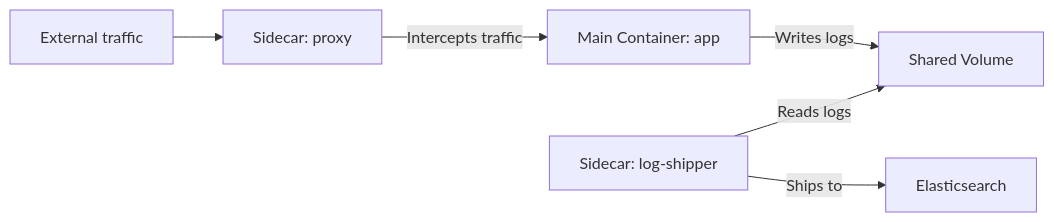
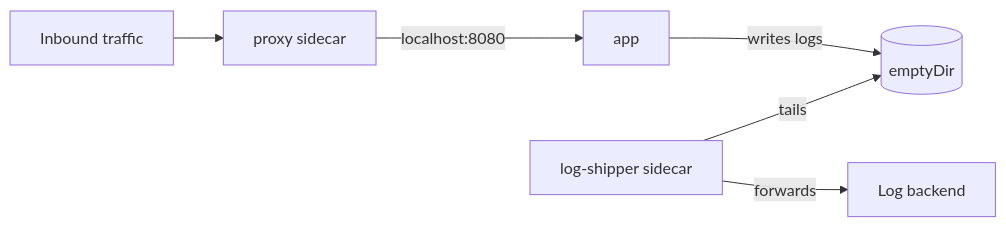
Before and after one commit to greg4fun/kubernetesrecipes.github.io: the diagram in src/content/recipes/kubernetes-sidecar-containers.md, drawn with Mermaid. The commit also changed other lines of this file and 537 other files, not shown here.

````diff
--- a/src/content/recipes/kubernetes-sidecar-containers.md
+++ b/src/content/recipes/kubernetes-sidecar-containers.md
@@ -89,8 +159,8 @@
 ```mermaid
 graph LR
-    A[Main Container: app] -->|Writes logs| B[Shared Volume]
-    C[Sidecar: log-shipper] -->|Reads logs| B
-    C -->|Ships to| D[Elasticsearch]
-    E[Sidecar: proxy] -->|Intercepts traffic| A
-    F[External traffic] --> E
+    A[app] -->|writes logs| B[(emptyDir)]
+    C[log-shipper sidecar] -->|tails| B
+    C -->|forwards| D[Log backend]
+    F[Inbound traffic] --> E[proxy sidecar]
+    E -->|localhost:8080| A
 ```
````
